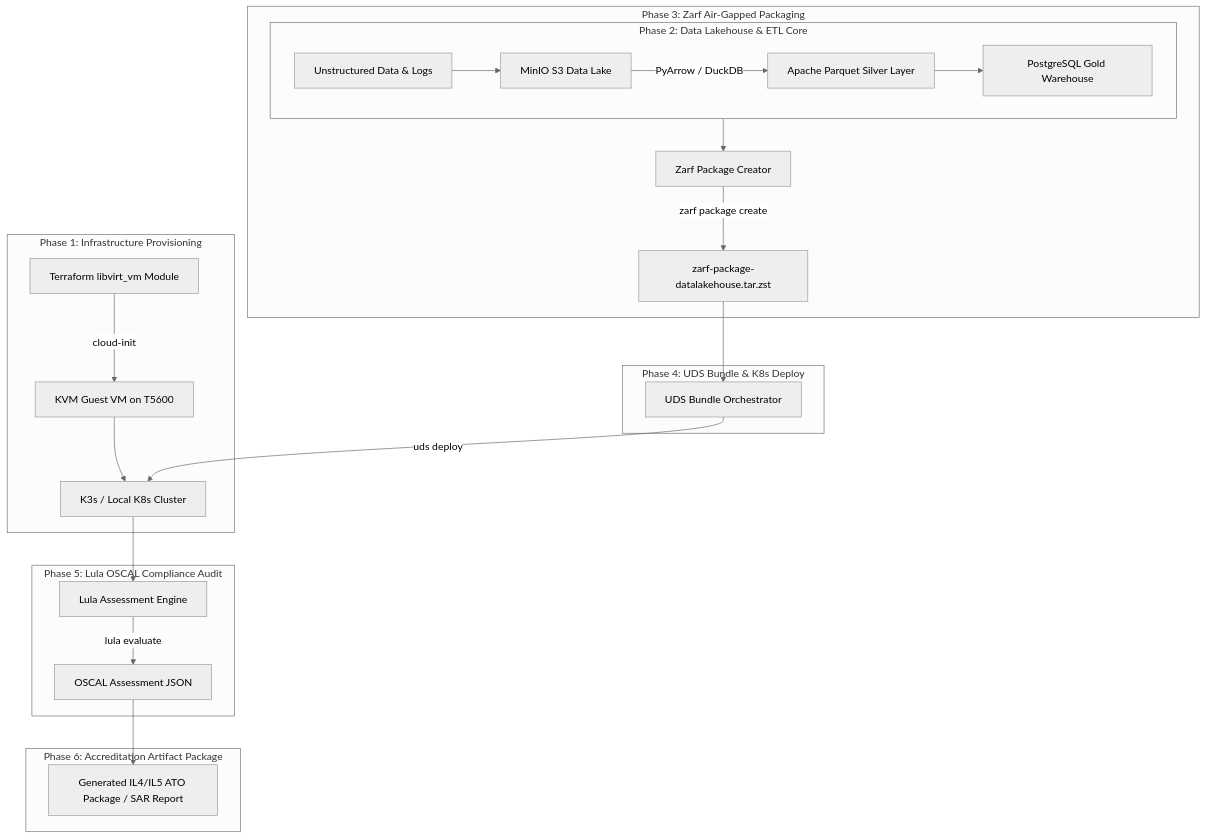
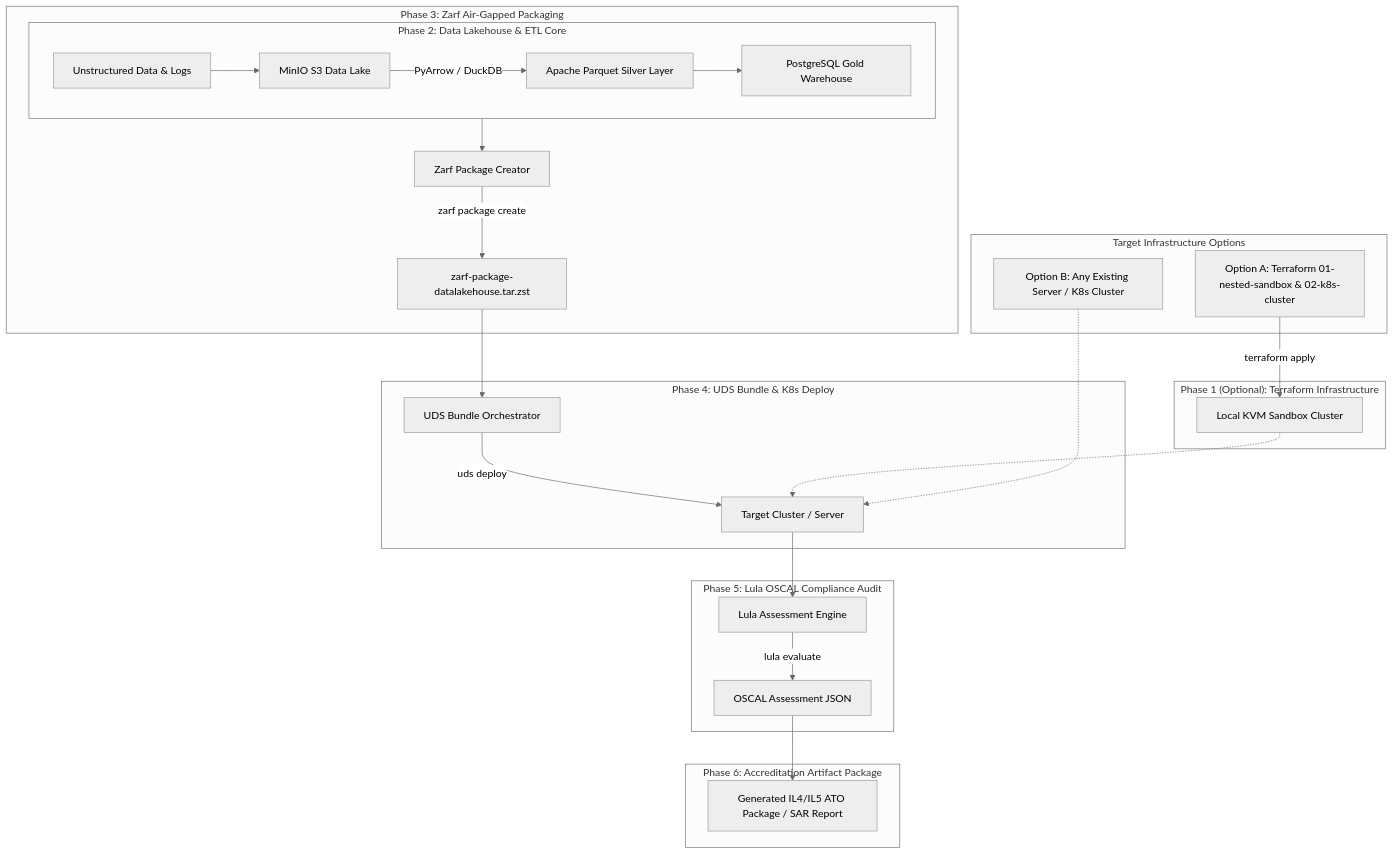
Before and after one commit to celttechie/zarf-uds-lula-datalakehouse: the diagram in PLAN.md, drawn with Mermaid (neutral theme). The commit also changed other lines of this file and 12 other files, not shown here.

Commit message:
docs: update architecture, master plan, and ADRs for two-stage nested sandbox and infrastructure agnostic design

````diff
--- a/PLAN.md
+++ b/PLAN.md
@@ -11,32 +13,38 @@
 ```mermaid
 flowchart TD
-    subgraph P1 ["Phase 1: Infrastructure Provisioning"]
-        TF[Terraform libvirt_vm Module] -->|cloud-init| VM[KVM Guest VM on T5600]
-        VM --> K3S[K3s / Local K8s Cluster]
+    subgraph TargetEnv ["Target Infrastructure Options"]
+        OPT_A[Option A: Terraform 01-nested-sandbox & 02-k8s-cluster]
+        OPT_B[Option B: Any Existing Server / K8s Cluster]
+    end
+
+    subgraph P1 ["Phase 1 (Optional): Terraform Infrastructure"]
+        OPT_A -->|terraform apply| K3S_A[Local KVM Sandbox Cluster]
     end
 
     subgraph P2 ["Phase 2: Data Lakehouse & ETL Core"]
         RAW[Unstructured Data & Logs] --> MINIO[MinIO S3 Data Lake]
         MINIO -->|PyArrow / DuckDB| PARQUET[Apache Parquet Silver Layer]
         PARQUET --> PG[PostgreSQL Gold Warehouse]
     end
 
     subgraph P3 ["Phase 3: Zarf Air-Gapped Packaging"]
         P2 --> ZARF[Zarf Package Creator]
         ZARF -->|zarf package create| TAR[zarf-package-datalakehouse.tar.zst]
     end
 
     subgraph P4 ["Phase 4: UDS Bundle & K8s Deploy"]
         TAR --> UDS[UDS Bundle Orchestrator]
-        UDS -->|uds deploy| K3S
+        UDS -->|uds deploy| K3S[Target Cluster / Server]
+        K3S_A -.-> K3S
+        OPT_B -.-> K3S
     end
 
     subgraph P5 ["Phase 5: Lula OSCAL Compliance Audit"]
         K3S --> LULA[Lula Assessment Engine]
         LULA -->|lula evaluate| OSCAL[OSCAL Assessment JSON]
     end
 
     subgraph P6 ["Phase 6: Accreditation Artifact Package"]
         OSCAL --> REPORT[Generated IL4/IL5 ATO Package / SAR Report]
     end
 ```
````
